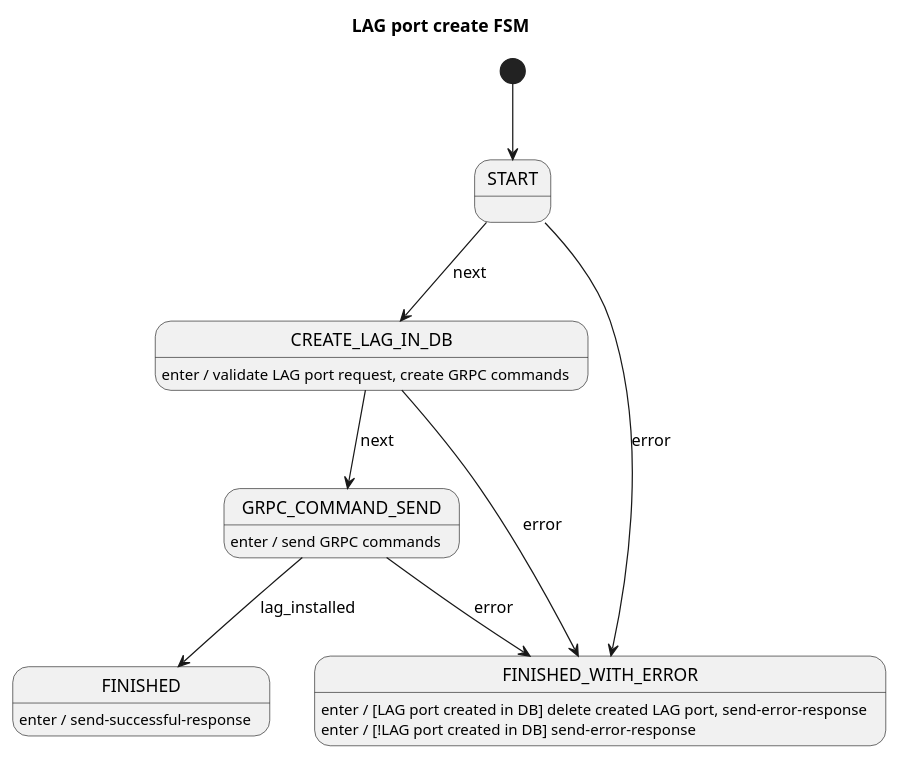
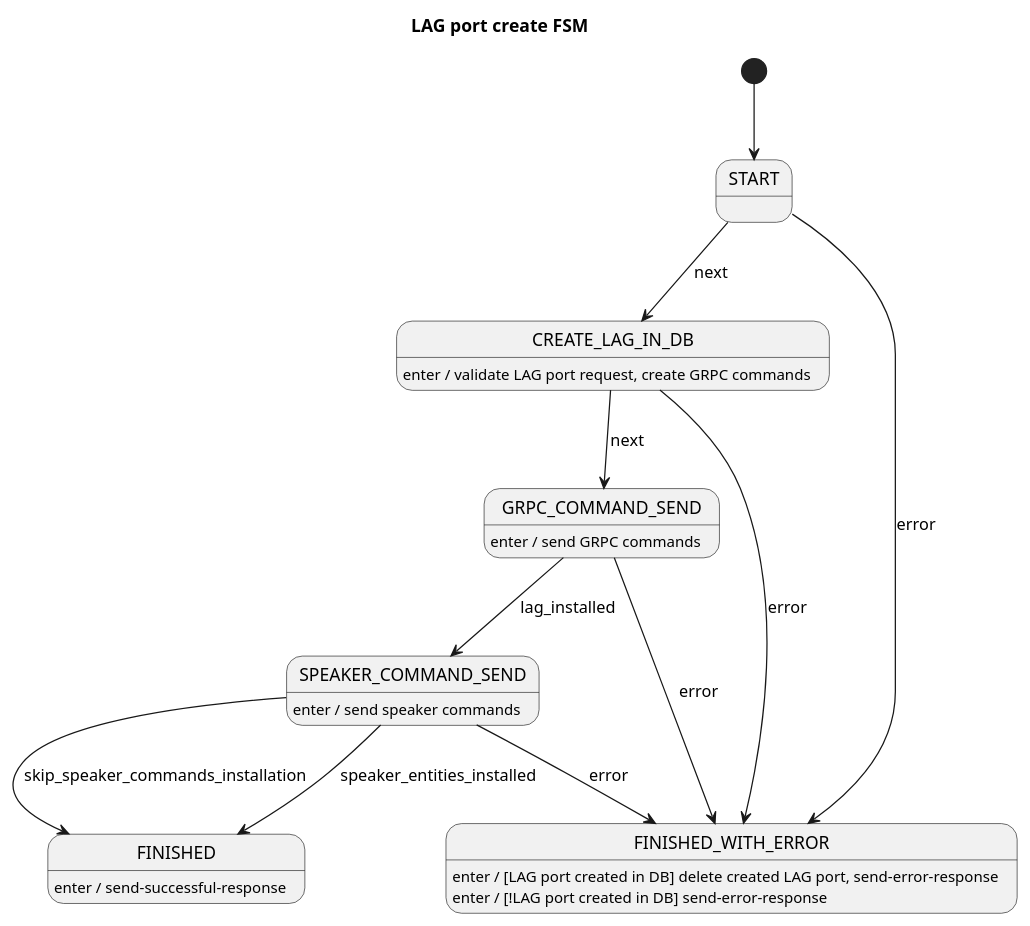
The diagram in docs/design/hub-and-spoke/lag/create/create-lag-port-fsm.puml (telstra/open-kilda), drawn with PlantUML before and after one commit. The commit also changed 81 other files, not shown here.

```diff
--- a/docs/design/hub-and-spoke/lag/create/create-lag-port-fsm.puml
+++ b/docs/design/hub-and-spoke/lag/create/create-lag-port-fsm.puml
@@ -1,22 +1,27 @@
 @startuml
 title LAG port create FSM
 
 [*] --> START
 
 START --> CREATE_LAG_IN_DB : next
 START --> FINISHED_WITH_ERROR : error
 
 CREATE_LAG_IN_DB --> GRPC_COMMAND_SEND : next
 CREATE_LAG_IN_DB --> FINISHED_WITH_ERROR : error
 CREATE_LAG_IN_DB : enter / validate LAG port request, create GRPC commands
 
-GRPC_COMMAND_SEND --> FINISHED : lag_installed
+GRPC_COMMAND_SEND --> SPEAKER_COMMAND_SEND : lag_installed
 GRPC_COMMAND_SEND --> FINISHED_WITH_ERROR : error
 GRPC_COMMAND_SEND : enter / send GRPC commands
+
+SPEAKER_COMMAND_SEND --> FINISHED : skip_speaker_commands_installation
+SPEAKER_COMMAND_SEND --> FINISHED : speaker_entities_installed
+SPEAKER_COMMAND_SEND --> FINISHED_WITH_ERROR : error
+SPEAKER_COMMAND_SEND : enter / send speaker commands
 
 FINISHED : enter / send-successful-response
 
 FINISHED_WITH_ERROR : enter / [LAG port created in DB] delete created LAG port, send-error-response
 FINISHED_WITH_ERROR : enter / [!LAG port created in DB] send-error-response
 
 @enduml
```
